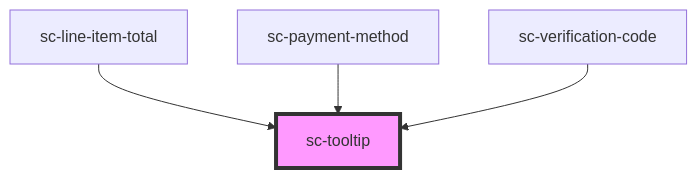
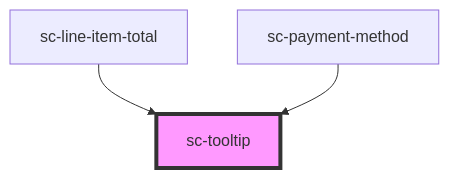
Before and after one commit to surecart/surecart-wp-plugin: the diagram in packages/components/src/components/ui/tooltip/readme.md, drawn with Mermaid. The commit also changed other lines of this file and 13 other files, not shown here.

````diff
--- a/packages/components/src/components/ui/tooltip/readme.md
+++ b/packages/components/src/components/ui/tooltip/readme.md
@@ -37,7 +36,6 @@
 ```mermaid
 graph TD;
   sc-line-item-total --> sc-tooltip
   sc-payment-method --> sc-tooltip
-  sc-verification-code --> sc-tooltip
   style sc-tooltip fill:#f9f,stroke:#333,stroke-width:4px
 ```
````
